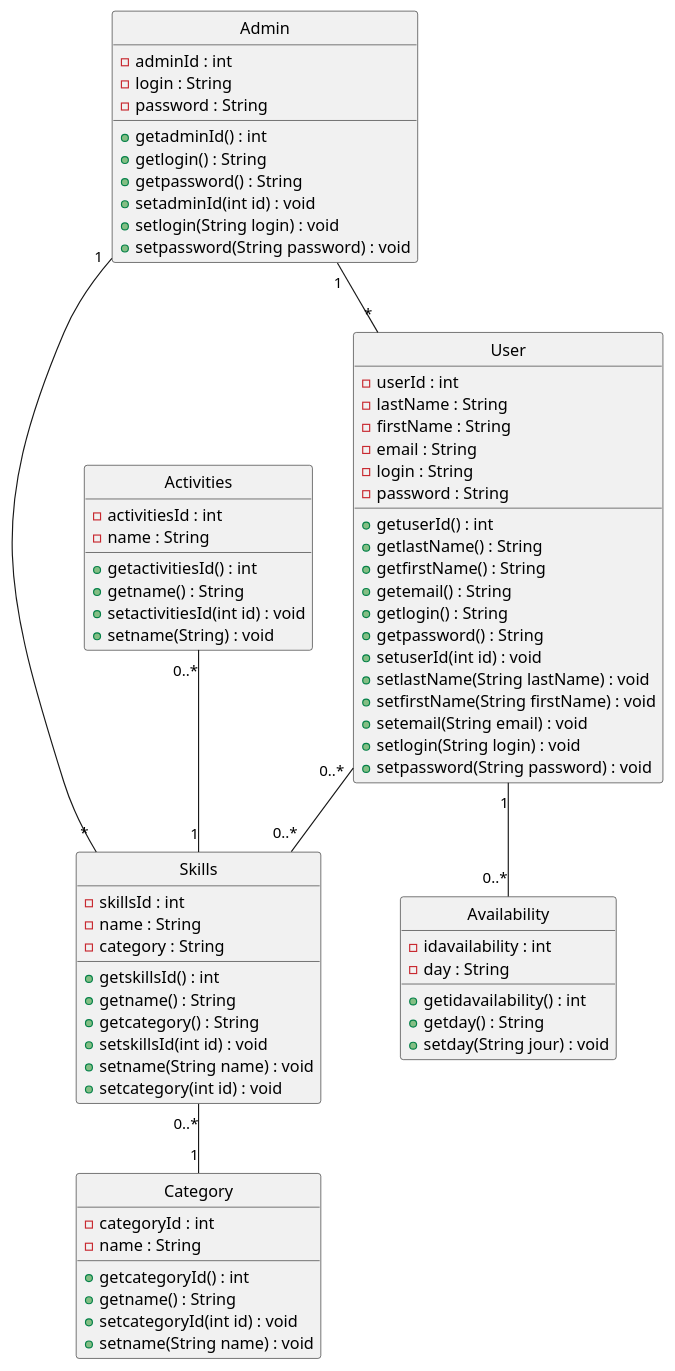
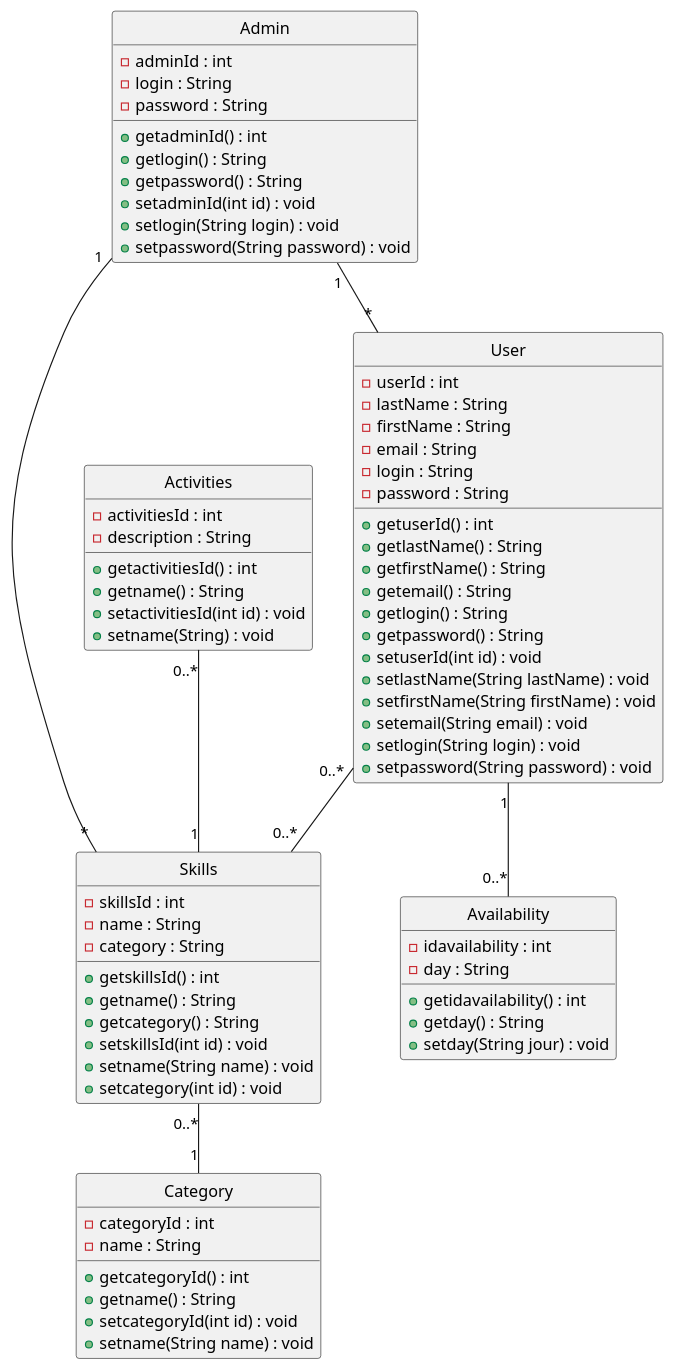
The diagram in Conception/Diag_classes.puml (PinsolleP/HelpUs), drawn with PlantUML before and after one commit.

Commit message:
Conception/Diag_classes.puml: Modification nom attribut de la classe Activities

```diff
--- a/Conception/Diag_classes.puml
+++ b/Conception/Diag_classes.puml
@@ -1,84 +1,84 @@
 @startuml Class Diagram
 skinparam Style strictuml
 
 class User {
     -userId : int
     -lastName : String
     -firstName : String
     -email : String
     -login : String
     -password : String
     +getuserId() : int
     +getlastName() : String
     +getfirstName() : String
     +getemail() : String
     +getlogin() : String
     +getpassword() : String
     +setuserId(int id) : void
     +setlastName(String lastName) : void
     +setfirstName(String firstName) : void
     +setemail(String email) : void
     +setlogin(String login) : void
     +setpassword(String password) : void
 }
 
 class Admin {
     -adminId : int
     -login : String
     -password : String
     +getadminId() : int
     +getlogin() : String
     +getpassword() : String
     +setadminId(int id) : void
     +setlogin(String login) : void
     +setpassword(String password) : void
 }
 
 class Skills {
     -skillsId : int
     -name : String
     -category : String
     +getskillsId() : int
     +getname() : String
     +getcategory() : String
     +setskillsId(int id) : void
     +setname(String name) : void
     +setcategory(int id) : void
 }
 
 class Category {
     -categoryId : int
     -name : String
     +getcategoryId() : int
     +getname() : String
     +setcategoryId(int id) : void
     +setname(String name) : void
 }
 
 class Activities {
     -activitiesId : int
-    -name : String
+    -description : String
     +getactivitiesId() : int
     +getname() : String
     +setactivitiesId(int id) : void
     +setname(String) : void
 }
 
 class Availability {
     - idavailability : int
     - day : String
 
     + getidavailability() : int
     + getday() : String
     + setday(String jour) : void
 }
 
 Skills "0..*" -- "1" Category
 User "0..*" -- "0..*" Skills
 Activities "0..*" -- "1" Skills
 Admin "1" -- "*" User
 Admin "1" -- "*" Skills
 User "1" -- "0..*" Availability
 
 
 @enduml
```
